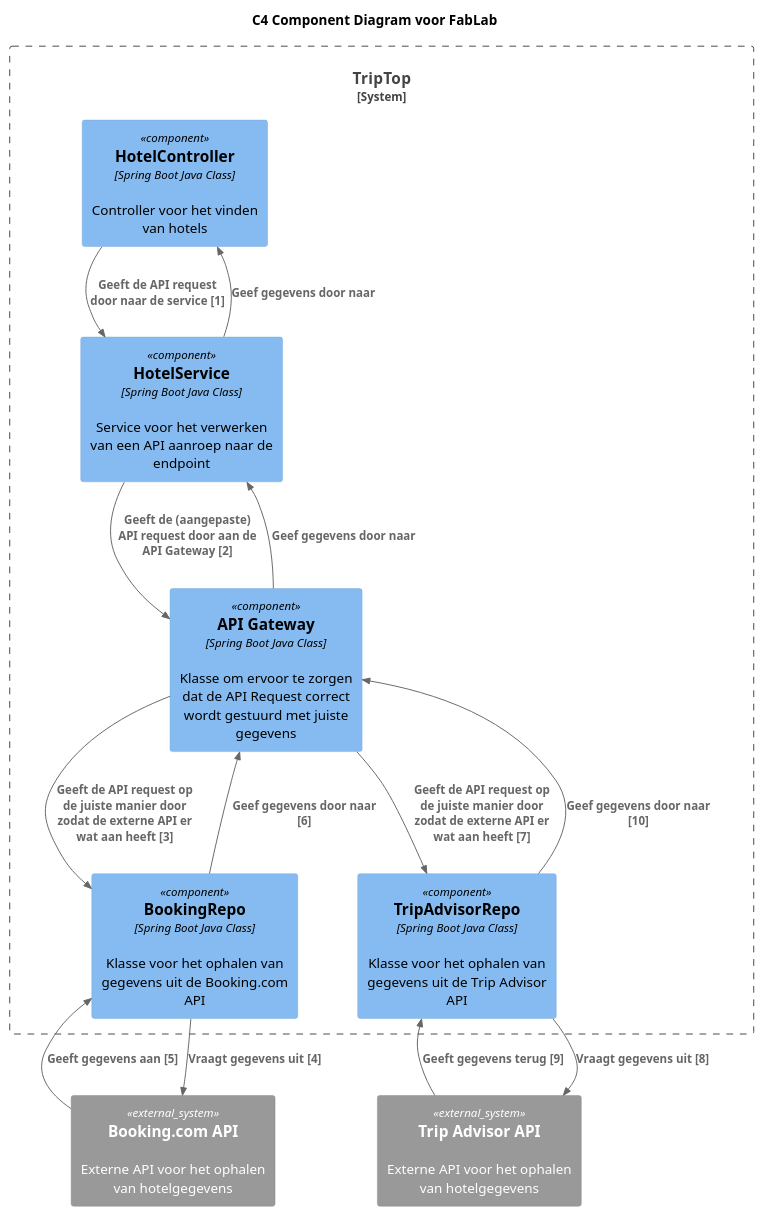
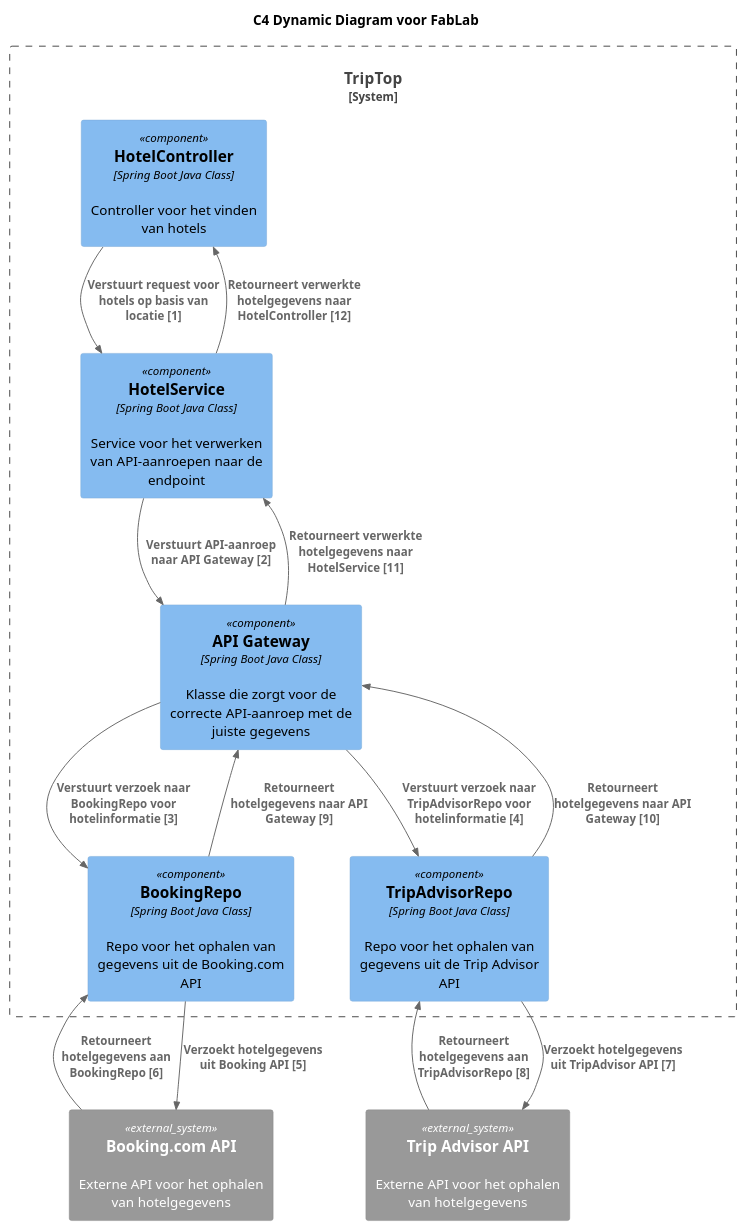
Before and after one commit to AIM-ENE-feb25/triptop-jrn: the diagram in huiswerkNiels/huiswerkAPI/src/main/java/com/example/huiswerkAPI/Dynamisch_diagram_onderzoeksvraag_niels.puml, drawn with PlantUML. The commit also changed 2 other files, not shown here.

```diff
--- a/huiswerkNiels/huiswerkAPI/src/main/java/com/example/huiswerkAPI/Dynamisch_diagram_onderzoeksvraag_niels.puml
+++ b/huiswerkNiels/huiswerkAPI/src/main/java/com/example/huiswerkAPI/Dynamisch_diagram_onderzoeksvraag_niels.puml
@@ -1,30 +1,30 @@
 @startuml
 !include <C4/C4_Component>
 
-title C4 Component Diagram voor FabLab
+title C4 Dynamic Diagram voor FabLab
 
 System_Boundary(triptop_core, "TripTop") {
 
 Component(HotelController, "HotelController", "Spring Boot Java Class", "Controller voor het vinden van hotels")
-Component(HotelService, "HotelService", "Spring Boot Java Class", "Service voor het verwerken van een API aanroep naar de endpoint")
-Component(API_Gateway, "API Gateway", "Spring Boot Java Class", "Klasse om ervoor te zorgen dat de API Request correct wordt gestuurd met juiste gegevens")
-Component(BookingRepo, "BookingRepo", "Spring Boot Java Class", "Klasse voor het ophalen van gegevens uit de Booking.com API")
-Component(TripAdvisorRepo, "TripAdvisorRepo", "Spring Boot Java Class", "Klasse voor het ophalen van gegevens uit de Trip Advisor API")
+Component(HotelService, "HotelService", "Spring Boot Java Class", "Service voor het verwerken van API-aanroepen naar de endpoint")
+Component(API_Gateway, "API Gateway", "Spring Boot Java Class", "Klasse die zorgt voor de correcte API-aanroep met de juiste gegevens")
+Component(BookingRepo, "BookingRepo", "Spring Boot Java Class", "Repo voor het ophalen van gegevens uit de Booking.com API")
+Component(TripAdvisorRepo, "TripAdvisorRepo", "Spring Boot Java Class", "Repo voor het ophalen van gegevens uit de Trip Advisor API")
 }
 
 System_Ext(Booking, "Booking.com API", "Externe API voor het ophalen van hotelgegevens")
 System_Ext(TripAdvisor, "Trip Advisor API", "Externe API voor het ophalen van hotelgegevens")
 
-Rel("HotelController", "HotelService", "Geeft de API request door naar de service [1]")
-Rel("HotelService", "API_Gateway", "Geeft de (aangepaste) API request door aan de API Gateway [2]")
-Rel("API_Gateway", "BookingRepo", "Geeft de API request op de juiste manier door zodat de externe API er wat aan heeft [3]")
-Rel("API_Gateway", "TripAdvisorRepo", "Geeft de API request op de juiste manier door zodat de externe API er wat aan heeft [7]")
-Rel("BookingRepo", "Booking", "Vraagt gegevens uit [4]")
-Rel("Booking", "BookingRepo", "Geeft gegevens aan [5]")
-Rel("TripAdvisorRepo", "TripAdvisor", "Vraagt gegevens uit [8]")
-Rel("TripAdvisor", "TripAdvisorRepo", "Geeft gegevens terug [9]")
-Rel("BookingRepo", "API_Gateway", "Geef gegevens door naar [6]")
-Rel("TripAdvisorRepo", "API_Gateway", "Geef gegevens door naar [10]")
-Rel("API_Gateway", "HotelService", "Geef gegevens door naar")
-Rel("HotelService", "HotelController", "Geef gegevens door naar")
+Rel("HotelController", "HotelService", "Verstuurt request voor hotels op basis van locatie [1]")
+Rel("HotelService", "API_Gateway", "Verstuurt API-aanroep naar API Gateway [2]")
+Rel("API_Gateway", "BookingRepo", "Verstuurt verzoek naar BookingRepo voor hotelinformatie [3]")
+Rel("API_Gateway", "TripAdvisorRepo", "Verstuurt verzoek naar TripAdvisorRepo voor hotelinformatie [4]")
+Rel("BookingRepo", "Booking", "Verzoekt hotelgegevens uit Booking API [5]")
+Rel("Booking", "BookingRepo", "Retourneert hotelgegevens aan BookingRepo [6]")
+Rel("TripAdvisorRepo", "TripAdvisor", "Verzoekt hotelgegevens uit TripAdvisor API [7]")
+Rel("TripAdvisor", "TripAdvisorRepo", "Retourneert hotelgegevens aan TripAdvisorRepo [8]")
+Rel("BookingRepo", "API_Gateway", "Retourneert hotelgegevens naar API Gateway [9]")
+Rel("TripAdvisorRepo", "API_Gateway", "Retourneert hotelgegevens naar API Gateway [10]")
+Rel("API_Gateway", "HotelService", "Retourneert verwerkte hotelgegevens naar HotelService [11]")
+Rel("HotelService", "HotelController", "Retourneert verwerkte hotelgegevens naar HotelController [12]")
 @enduml
```
